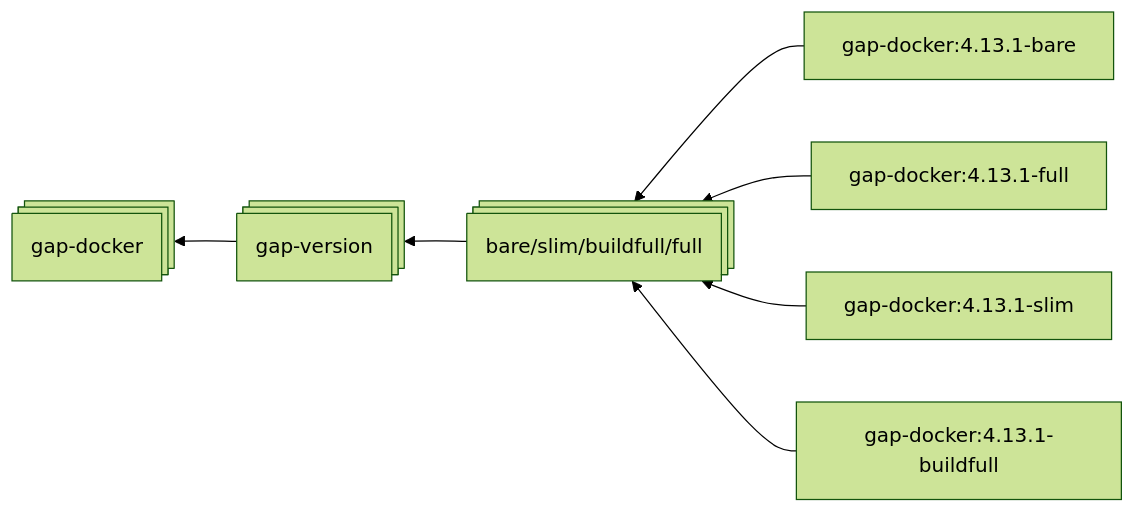
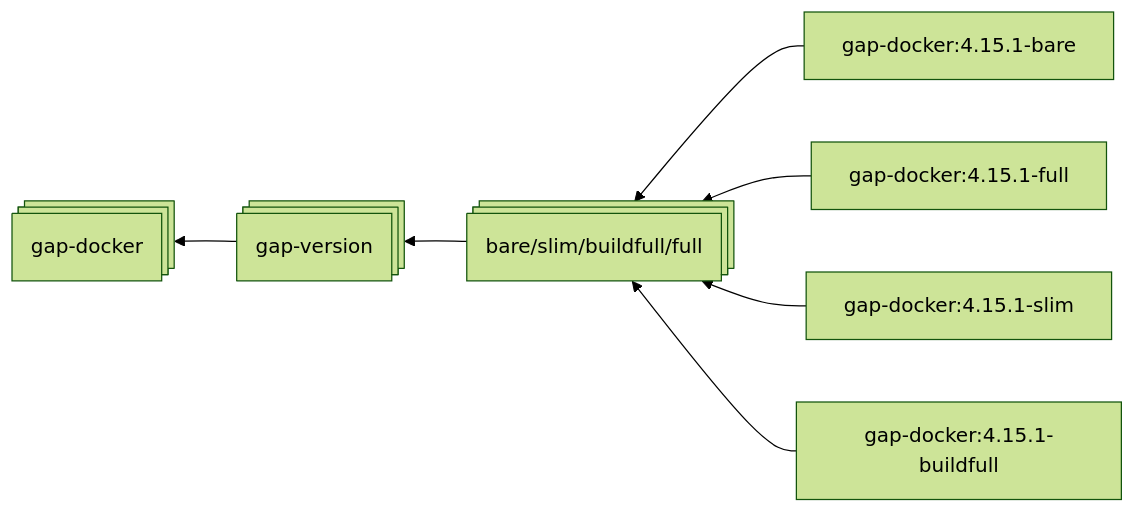
One commit to gap-system/docker changed the diagram in README.md. Above: the diagram before and after it, drawn with Mermaid (forest theme). The commit also changed other lines of this file, not shown here.

````diff
--- a/README.md
+++ b/README.md
@@ -7,13 +7,13 @@
 ```mermaid
     graph RL
-        V1[gap-docker:4.13.1-bare]      --> T
-        V2[gap-docker:4.13.1-full]      --> T
-        V3[gap-docker:4.13.1-slim]      --> T
-        V4[gap-docker:4.13.1-buildfull] --> T
+        V1[gap-docker:4.15.1-bare]      --> T
+        V2[gap-docker:4.15.1-full]      --> T
+        V3[gap-docker:4.15.1-slim]      --> T
+        V4[gap-docker:4.15.1-buildfull] --> T
         T --> V
         V --> G
         
         G@{ shape: processes, label: "gap-docker"}
         V@{ shape: processes, label: "gap-version"}
         T@{ shape: processes, label: "bare/slim/buildfull/full"}
 ```
````
